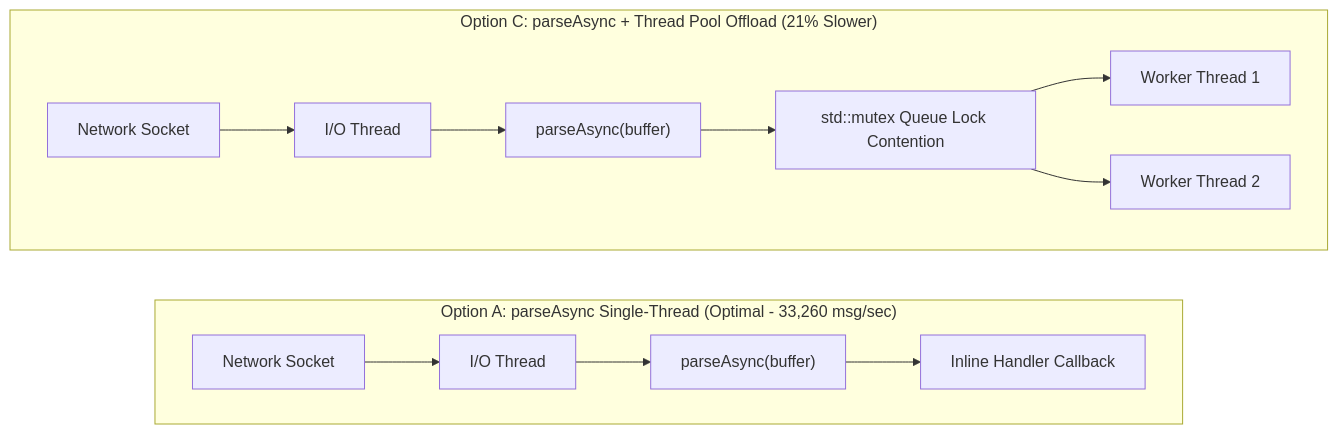
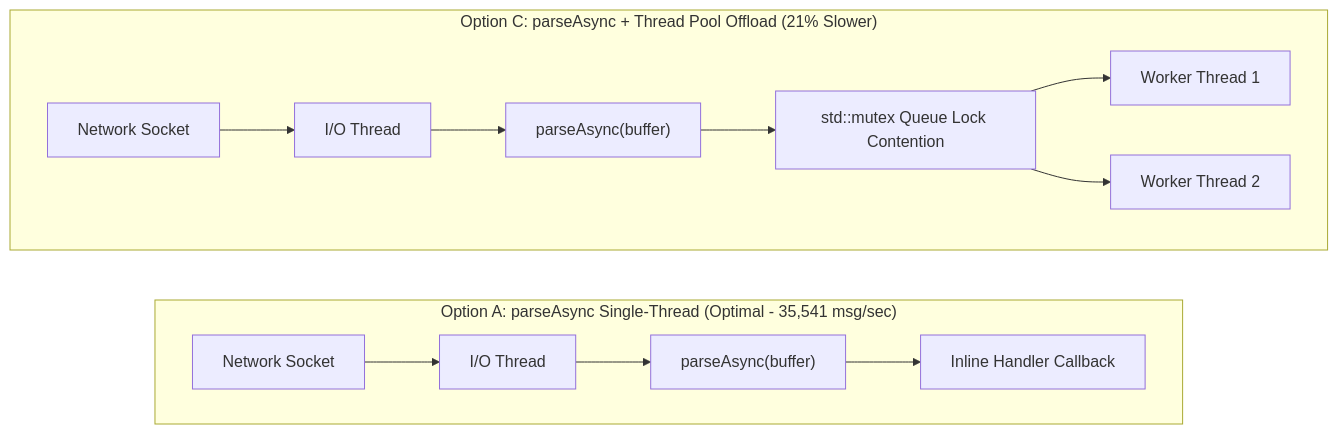
Before and after one commit to SiddiqSoft/sip2json: the diagram in docs/features/benchmarks.md, drawn with Mermaid. The commit also changed other lines of this file and 3 other files, not shown here.

````diff
--- a/docs/features/benchmarks.md
+++ b/docs/features/benchmarks.md
@@ -66,18 +29,18 @@
 ```mermaid
 flowchart LR
-    subgraph OptionA ["Option A: parseAsync Single-Thread (Optimal - 33,260 msg/sec)"]
+    subgraph OptionA ["Option A: parseAsync Single-Thread (Optimal - 35,541 msg/sec)"]
         direction LR
         SockA["Network Socket"] --> IOA["I/O Thread"]
         IOA --> PA["parseAsync(buffer)"]
         PA --> CBA["Inline Handler Callback"]
     end
     
     subgraph OptionC ["Option C: parseAsync + Thread Pool Offload (21% Slower)"]
         direction LR
         SockC["Network Socket"] --> IOC["I/O Thread"]
         IOC --> PC["parseAsync(buffer)"]
         PC --> Mtx["std::mutex Queue Lock Contention"]
         Mtx --> W1["Worker Thread 1"]
         Mtx --> W2["Worker Thread 2"]
     end
 ```
````
